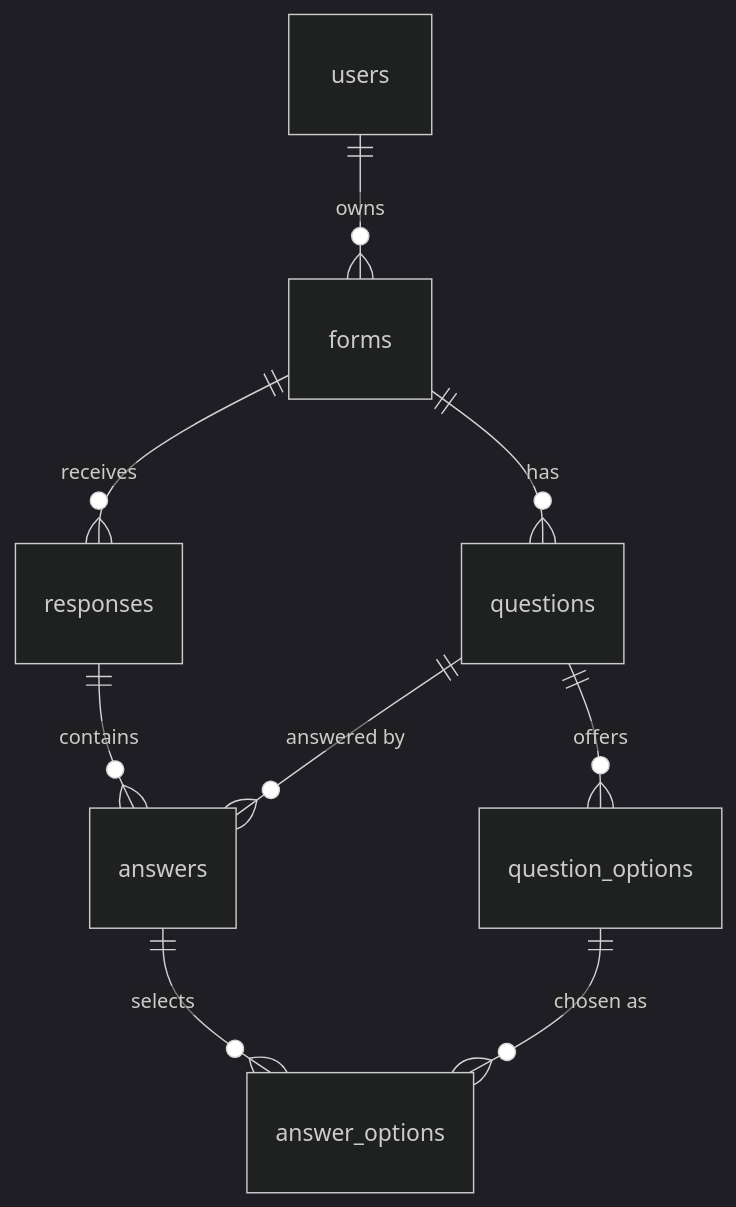
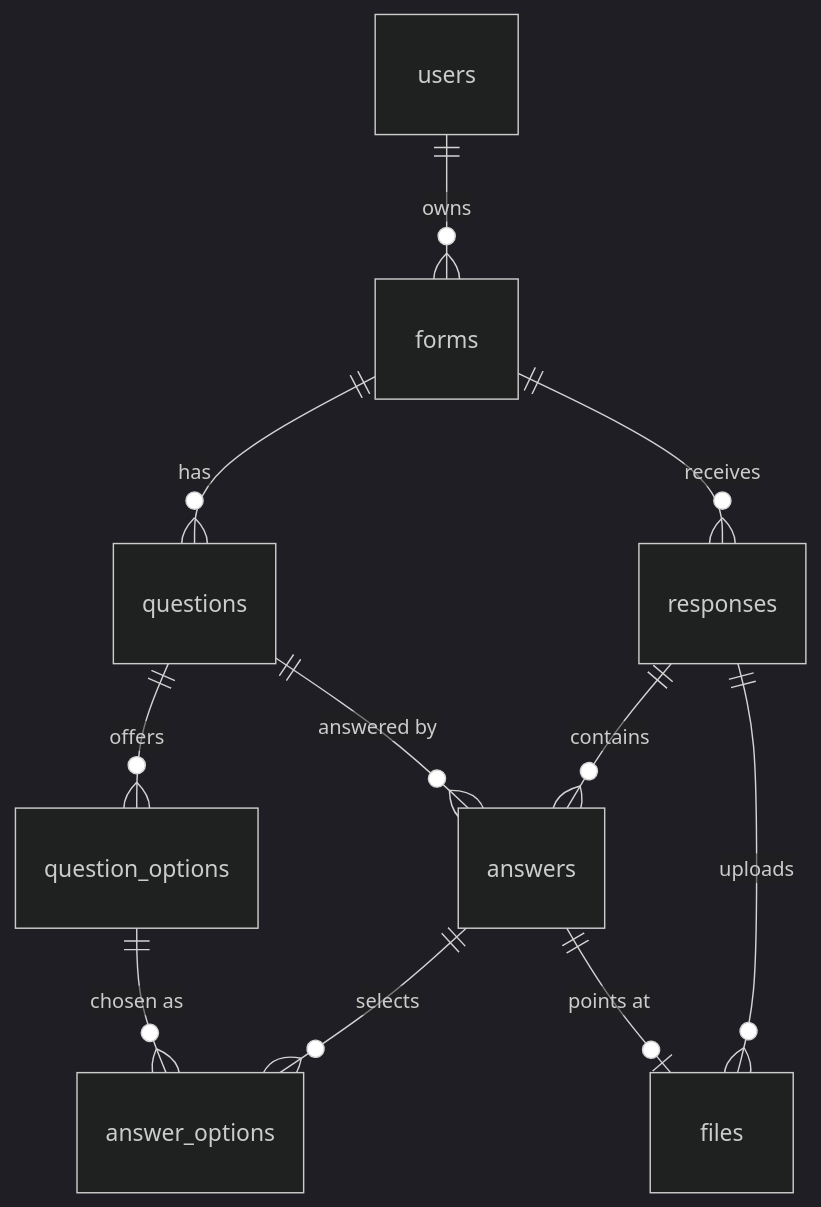
The second of 2 diagrams in README.md (SaumyarupGuha/Typeform-Clone), drawn with Mermaid (dark theme) before and after one commit. The commit also changed other lines of this file and 35 other files, not shown here.

````diff
--- a/README.md
+++ b/README.md
@@ -192,11 +205,13 @@
 ```mermaid
 erDiagram
     users ||--o{ forms : owns
     forms ||--o{ questions : has
     forms ||--o{ responses : receives
     questions ||--o{ question_options : offers
     responses ||--o{ answers : contains
     questions ||--o{ answers : "answered by"
     answers ||--o{ answer_options : selects
     question_options ||--o{ answer_options : "chosen as"
+    responses ||--o{ files : uploads
+    answers ||--o| files : "points at"
 ```
````
